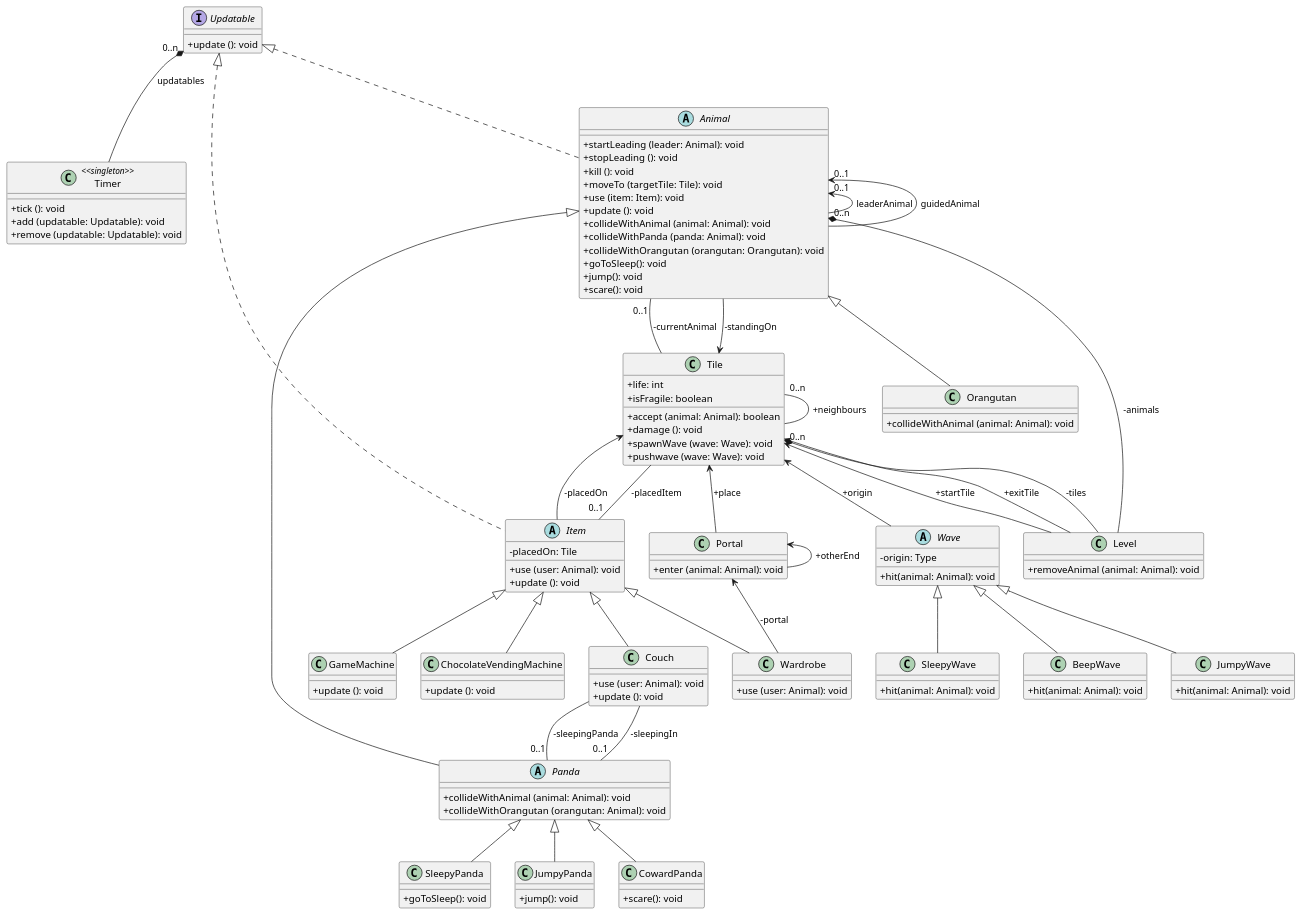
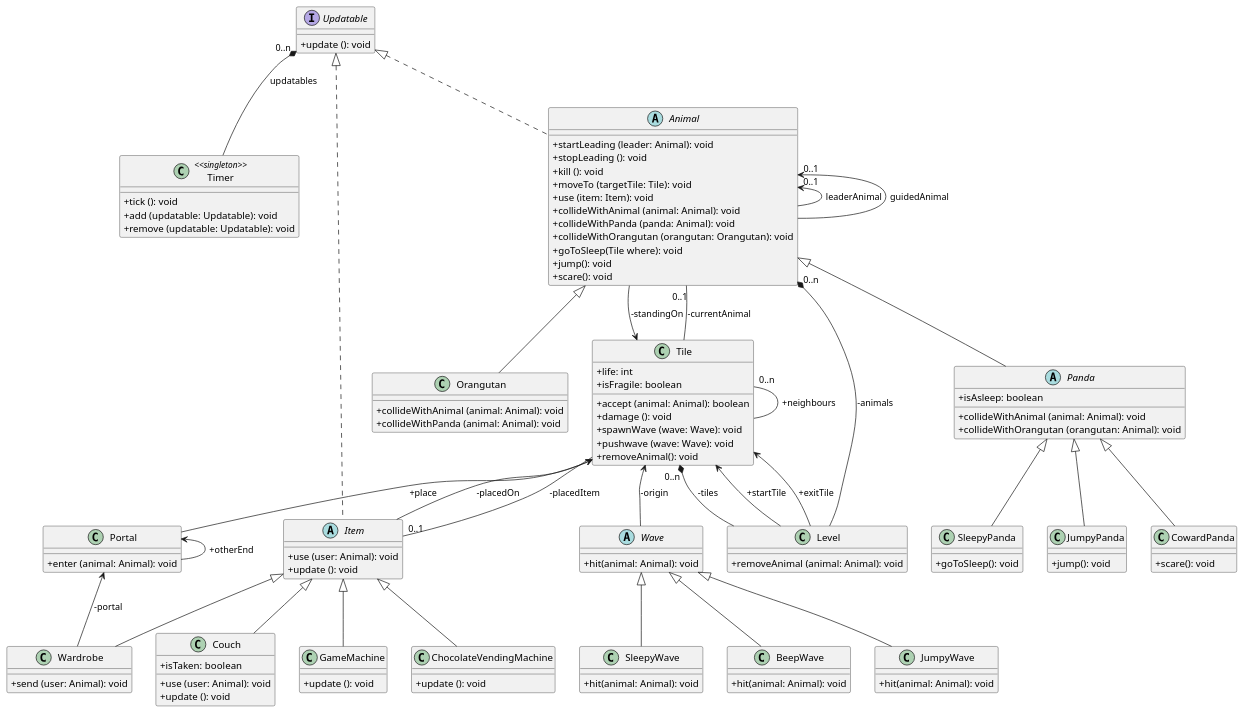
The diagram in 3-analysis-modell/java/src/main/plantuml/ClassDiagram.puml (bokovhu/software-project-laboratory-assignment), drawn with PlantUML before and after one commit. The commit also changed 1 other file, not shown here.

```diff
--- a/3-analysis-modell/java/src/main/plantuml/ClassDiagram.puml
+++ b/3-analysis-modell/java/src/main/plantuml/ClassDiagram.puml
@@ -1,175 +1,173 @@
 @startuml
 
 skinparam classAttributeIconSize 0
 skinparam guillemet false
 
 ' ==========
 ' Interfaces
 ' ==========
 
 interface Updatable {
     +update (): void
 }
 
 ' =======
 ' Classes
 ' =======
 
 class Timer <<singleton>> {
     +tick (): void
     +add (updatable: Updatable): void
     +remove (updatable: Updatable): void
 }
 
 class Level {
     +removeAnimal (animal: Animal): void
 }
 
 class Tile {
     +life: int
     +isFragile: boolean
     +accept (animal: Animal): boolean
     +damage (): void
     +spawnWave (wave: Wave): void
     +pushwave (wave: Wave): void
+    +removeAnimal(): void
 }
 
 abstract class Animal {
     +startLeading (leader: Animal): void
     +stopLeading (): void
     +kill (): void
     +moveTo (targetTile: Tile): void
     +use (item: Item): void
-    +update (): void
     +collideWithAnimal (animal: Animal): void
     +collideWithPanda (panda: Animal): void
     +collideWithOrangutan (orangutan: Orangutan): void
-    +goToSleep(): void
+    +goToSleep(Tile where): void
     +jump(): void
     +scare(): void
 }
 
 abstract class Item {
-    -placedOn: Tile
     +use (user: Animal): void
     +update (): void
 }
 
 abstract class Panda {
+    +isAsleep: boolean
     +collideWithAnimal (animal: Animal): void
     +collideWithOrangutan (orangutan: Animal): void
 }
 
 class SleepyPanda {
     +goToSleep(): void
 }
 
 class JumpyPanda {
     +jump(): void
 }
 
 class CowardPanda {
     +scare(): void
 }
 
 class Orangutan {
     +collideWithAnimal (animal: Animal): void
+    +collideWithPanda (animal: Animal): void
 }
 
 class Couch {
+    +isTaken: boolean
     +use (user: Animal): void
     +update (): void
 }
 
 class GameMachine {
     +update (): void
 }
 
 class ChocolateVendingMachine {
     +update (): void
 }
 
 class Wardrobe {
-    +use (user: Animal): void
+    +send (user: Animal): void
 }
 
 class Portal {
     +enter (animal: Animal): void
 }
 
 abstract class Wave {
-    -origin: Type
     +hit(animal: Animal): void
 }
 
 class SleepyWave{
     +hit(animal: Animal): void
 }
 
 class BeepWave{
     +hit(animal: Animal): void
 }
 
 class JumpyWave{
     +hit(animal: Animal): void
 }
 ' ===========
 ' Inheritance
 ' ===========
 
 Updatable <|.. Animal
 Updatable <|.. Item
 
 Animal <|-- Panda
 Panda<|-- SleepyPanda
 Panda<|-- JumpyPanda
 Panda<|-- CowardPanda
 Animal <|-- Orangutan
 
 Item <|-- Couch
 Item <|-- GameMachine
 Item <|-- ChocolateVendingMachine
 Item <|-- Wardrobe
 
 Wave<|-- JumpyWave
 Wave<|-- SleepyWave
 Wave<|-- BeepWave
 
 ' ============
 ' Compositions
 ' ============
 
 Updatable "0..n" *-- Timer : updatables
 Tile "0..n" *-- Level : -tiles
 Animal "0..n" *-- Level : -animals
 
 ' ============
 ' Associations
 ' ============
 
 Tile "0..n" -- Tile : +neighbours
 
 Tile <-- Animal : -standingOn
 Animal "0..1" -- Tile : -currentAnimal
 
 Animal "0..1" <-- Animal : leaderAnimal
 Animal "0..1" <-- Animal : guidedAnimal
 
 Tile <-- Item : -placedOn
 Item "0..1" -- Tile : -placedItem
 
-Panda "0..1" -- Couch : -sleepingPanda
-Couch -- "0..1" Panda : -sleepingIn
-
-Tile <-- Wave : +origin
+Tile <-- Wave : -origin
 
 Portal <-- Portal : +otherEnd
 Tile <-- Portal : +place
 
 Portal <-- Wardrobe : -portal
 
 
 Tile <-- Level : +startTile
 Tile <-- Level : +exitTile
 
 @enduml
```
